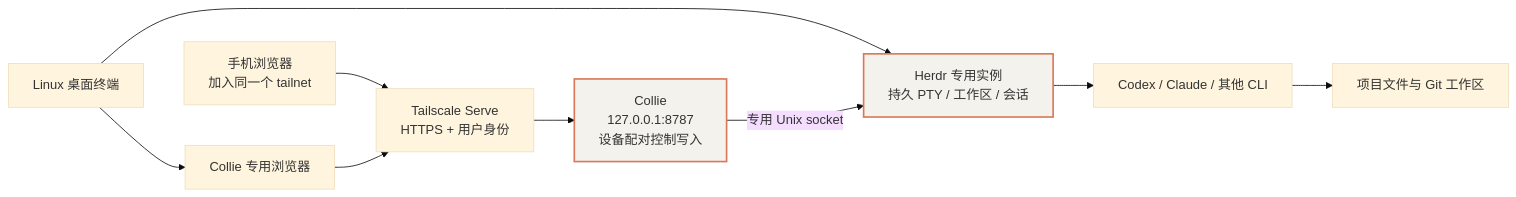
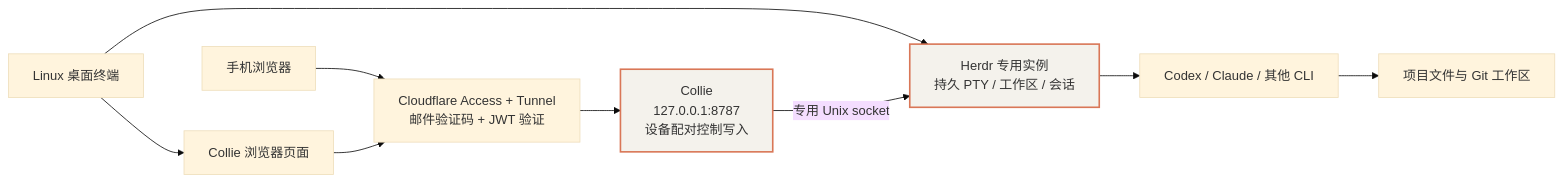
One commit to Xepanda/wiki changed the diagram in docs/02-projects/ai-agent-platform/01-architecture-and-progress.mdx. Above: the diagram before and after it, drawn with Mermaid (base theme). The commit also changed other lines of this file and 7 other files, not shown here.

First line of the commit message:
docs: 补齐 Collie Cloudflare 接入与 Paperclip 使用记录 (#3)

````diff
--- a/docs/02-projects/ai-agent-platform/01-architecture-and-progress.mdx
+++ b/docs/02-projects/ai-agent-platform/01-architecture-and-progress.mdx
@@ -20,13 +20,13 @@
 ```mermaid
 flowchart LR
     PC["Linux 桌面终端"] --> H["Herdr 专用实例<br/>持久 PTY / 工作区 / 会话"]
-    PC --> B["Collie 专用浏览器"]
-    PHONE["手机浏览器<br/>加入同一个 tailnet"] --> TS["Tailscale Serve<br/>HTTPS + 用户身份"]
+    PC --> B["Collie 浏览器页面"]
+    PHONE["手机浏览器"] --> TS["Cloudflare Access + Tunnel<br/>邮件验证码 + JWT 验证"]
     B --> TS
     TS --> C["Collie<br/>127.0.0.1:8787<br/>设备配对控制写入"]
     C -->|"专用 Unix socket"| H
     H --> AGENT["Codex / Claude / 其他 CLI"]
     AGENT --> REPO["项目文件与 Git 工作区"]
     style C fill:#f4f2ec,stroke:#d97757,stroke-width:2px
     style H fill:#f4f2ec,stroke:#d97757,stroke-width:2px
 ```
````
